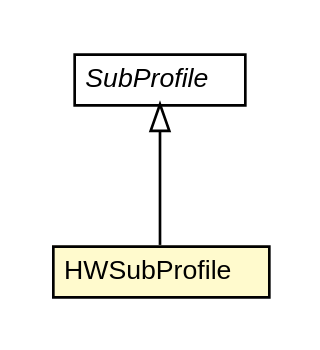
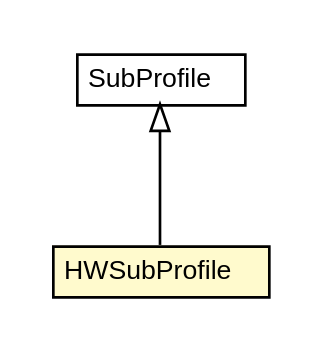
The diagram in ont.pom/apidocs/org/universAAL/ontology/profile/HWSubProfile.dot (universAAL/ontology), drawn with Graphviz before and after one commit. The commit also changed 1510 other files, not shown here.

```diff
--- a/ont.pom/apidocs/org/universAAL/ontology/profile/HWSubProfile.dot
+++ b/ont.pom/apidocs/org/universAAL/ontology/profile/HWSubProfile.dot
@@ -1,26 +1,26 @@
 #!/usr/local/bin/dot
 #
 # Class diagram 
 # Generated by UMLGraph version R5_6-24-gf6e263 (http://www.umlgraph.org/)
 #
 
 digraph G {
 	edge [fontname="Helvetica",fontsize=10,labelfontname="Helvetica",labelfontsize=10];
 	node [fontname="Helvetica",fontsize=10,shape=plaintext];
 	nodesep=0.25;
 	ranksep=0.5;
 	// org.universAAL.ontology.profile.HWSubProfile
 	c182257 [label=<<table title="org.universAAL.ontology.profile.HWSubProfile" border="0" cellborder="1" cellspacing="0" cellpadding="2" port="p" bgcolor="lemonChiffon" href="./HWSubProfile.html">
 		<tr><td><table border="0" cellspacing="0" cellpadding="1">
 <tr><td align="center" balign="center"> HWSubProfile </td></tr>
 		</table></td></tr>
 		</table>>, URL="./HWSubProfile.html", fontname="Helvetica", fontcolor="black", fontsize=10.0];
 	// org.universAAL.ontology.profile.SubProfile
 	c182273 [label=<<table title="org.universAAL.ontology.profile.SubProfile" border="0" cellborder="1" cellspacing="0" cellpadding="2" port="p" href="./SubProfile.html">
 		<tr><td><table border="0" cellspacing="0" cellpadding="1">
-<tr><td align="center" balign="center"><font face="Helvetica-Oblique"> SubProfile </font></td></tr>
+<tr><td align="center" balign="center"> SubProfile </td></tr>
 		</table></td></tr>
 		</table>>, URL="./SubProfile.html", fontname="Helvetica", fontcolor="black", fontsize=10.0];
 	//org.universAAL.ontology.profile.HWSubProfile extends org.universAAL.ontology.profile.SubProfile
 	c182273:p -> c182257:p [dir=back,arrowtail=empty];
 }
```
